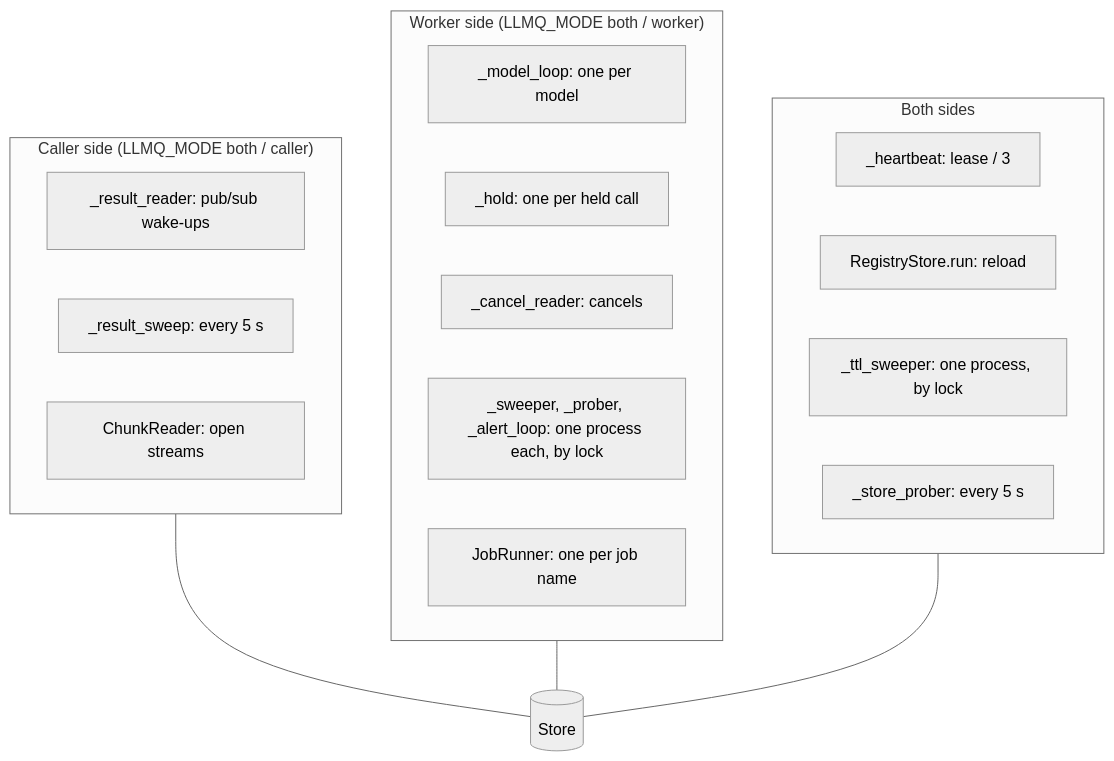
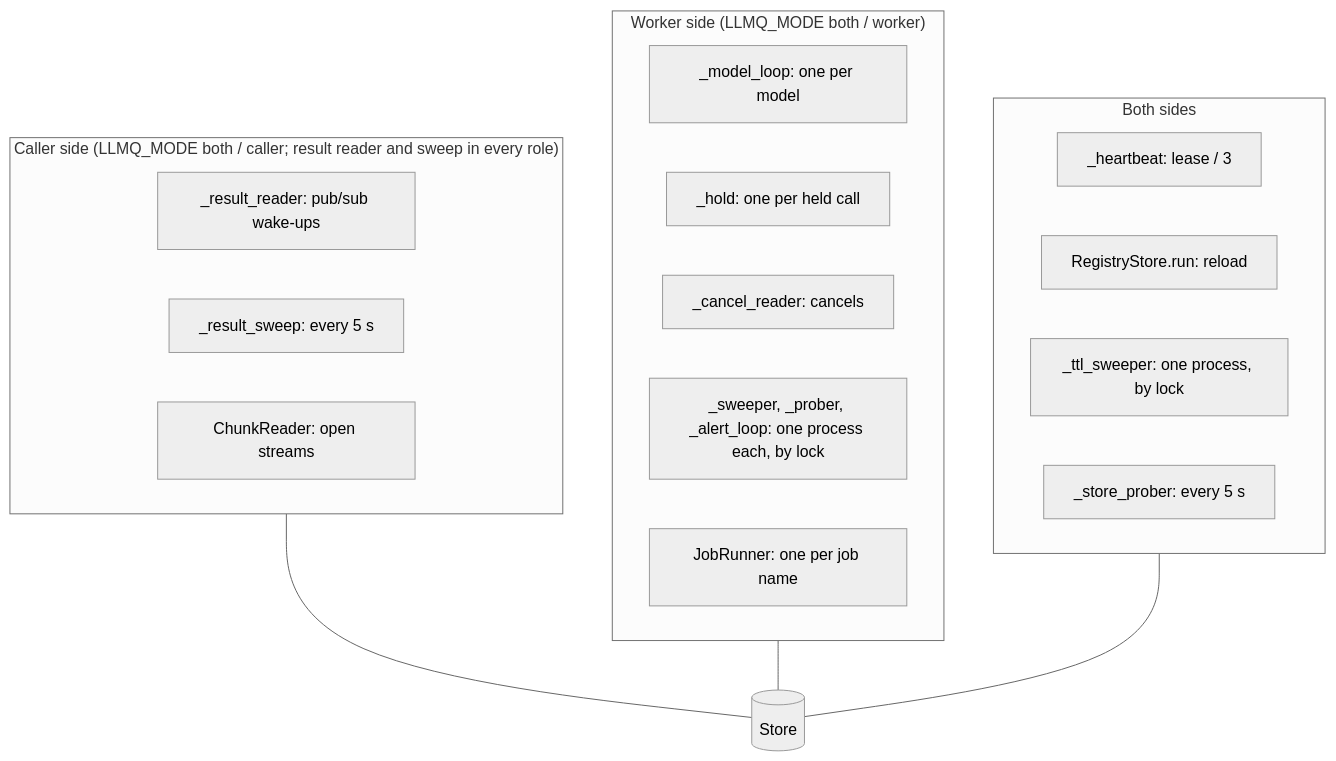
The diagram in docs/explanation/background.md (techiewonk/llm-queue), drawn with Mermaid (neutral theme) before and after one commit. The commit also changed other lines of this file and 1 other file, not shown here.

Commit message:
Docs: the result reader runs in every role (0.1.1)

````diff
--- a/docs/explanation/background.md
+++ b/docs/explanation/background.md
@@ -7,25 +7,25 @@
 ```mermaid
 flowchart TB
-  subgraph caller["Caller side (LLMQ_MODE both / caller)"]
+  subgraph caller["Caller side (LLMQ_MODE both / caller; result reader and sweep in every role)"]
     c1["_result_reader: pub/sub wake-ups"]
     c2["_result_sweep: every 5 s"]
     c3["ChunkReader: open streams"]
   end
   subgraph worker["Worker side (LLMQ_MODE both / worker)"]
     w1["_model_loop: one per model"]
     w2["_hold: one per held call"]
     w3["_cancel_reader: cancels"]
     w4["_sweeper, _prober, _alert_loop: one process each, by lock"]
     w5["JobRunner: one per job name"]
   end
   subgraph both["Both sides"]
     b1["_heartbeat: lease / 3"]
     b2["RegistryStore.run: reload"]
     b3["_ttl_sweeper: one process, by lock"]
     b4["_store_prober: every 5 s"]
   end
   STORE[("Store")]
   caller --- STORE
   worker --- STORE
   both --- STORE
 ```
````
